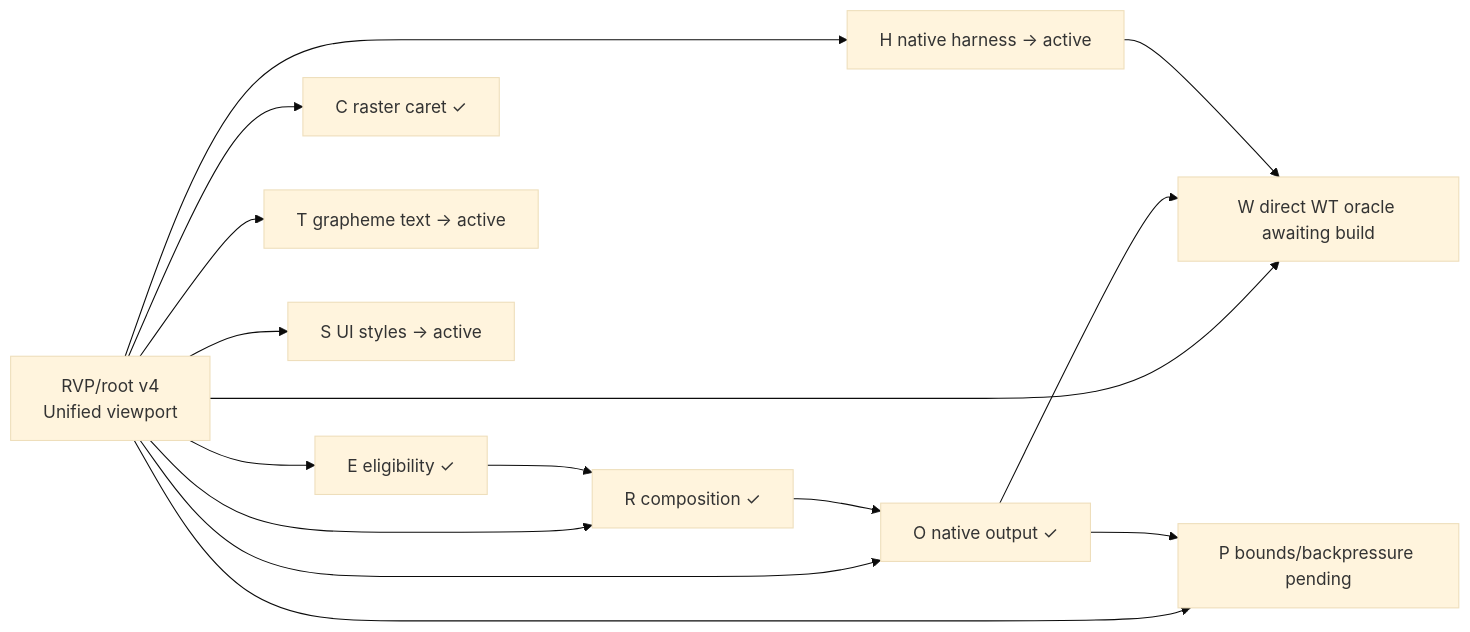
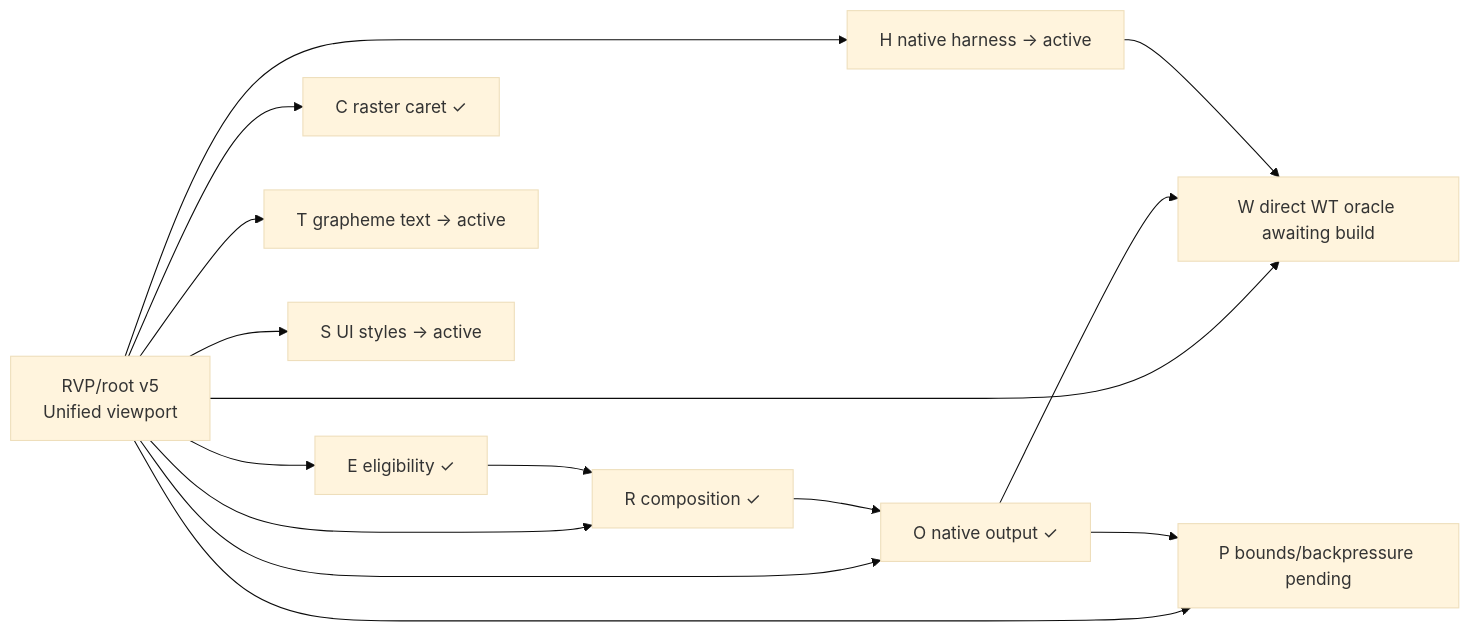
Before and after one commit to AlHeloween/opencode: the diagram in plans/2026-07-29-raster-viewport-renderer.svm.md, drawn with Mermaid (base theme). The commit also changed other lines of this file and 2 other files, not shown here.

````diff
--- a/plans/2026-07-29-raster-viewport-renderer.svm.md
+++ b/plans/2026-07-29-raster-viewport-renderer.svm.md
@@ -39,15 +40,15 @@
 ```mermaid
 flowchart LR
-  G["RVP/root v4\nUnified viewport"] --> E["E eligibility ✓"]
+  G["RVP/root v5\nUnified viewport"] --> E["E eligibility ✓"]
   G --> R["R composition ✓"]
   G --> O["O native output ✓"]
   G --> C["C raster caret ✓"]
   G --> T["T grapheme text → active"]
   G --> S["S UI styles → active"]
   G --> H["H native harness → active"]
   G --> W["W direct WT oracle awaiting build"]
   G --> P["P bounds/backpressure pending"]
   E --> R --> O --> W
   O --> P
   H --> W
 ```
````
